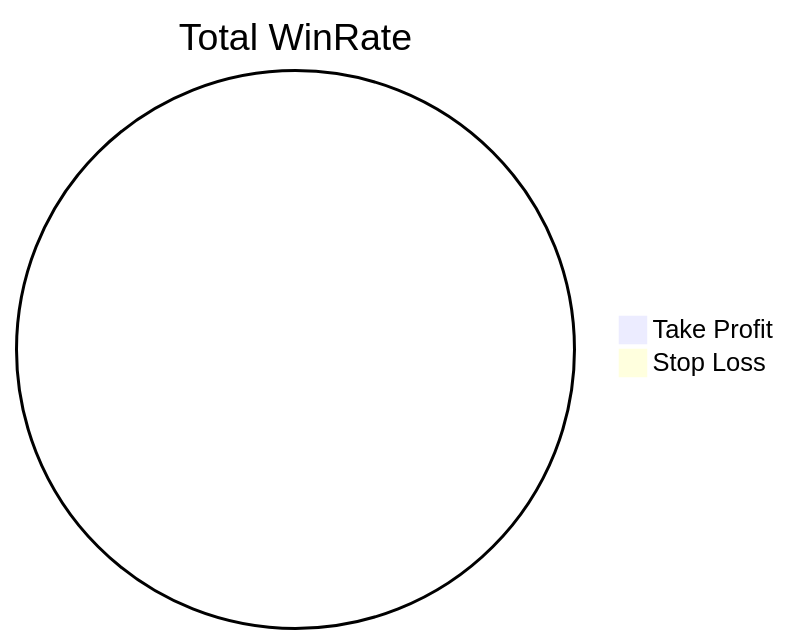
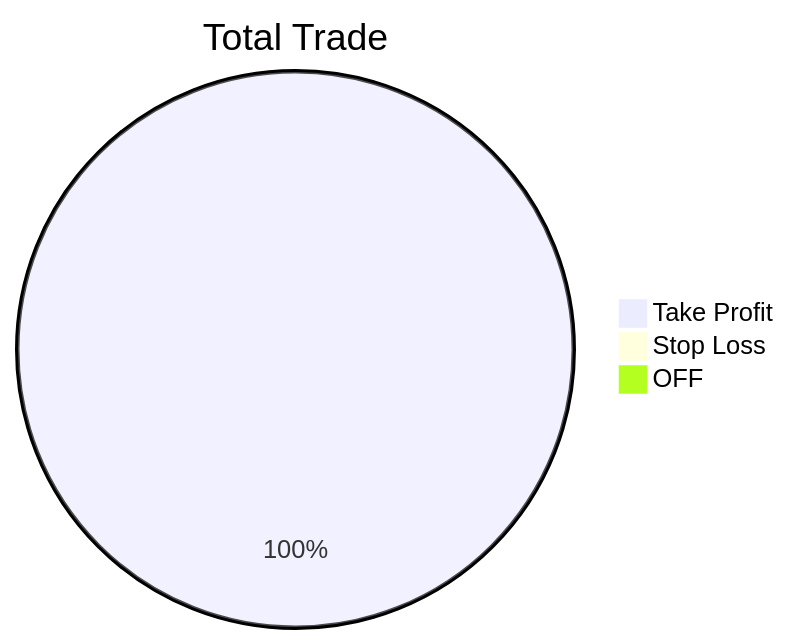
One commit to Bunnys666/jekyll-uno changed the diagram in _posts/2022-10-1-october-result.md. Above: the diagram before and after it, drawn with Mermaid. The commit also changed other lines of this file and 4 other files, not shown here.

```diff
--- a/_posts/2022-10-1-october-result.md
+++ b/_posts/2022-10-1-october-result.md
@@ -55,6 +46,7 @@
 <div class="mermaid">
 
-pie title Total WinRate
-    "Take Profit" : 0
+pie title Total Trade
+    "Take Profit" : 10
     "Stop Loss" : 0
+    "OFF" : 0
 </div>
```
